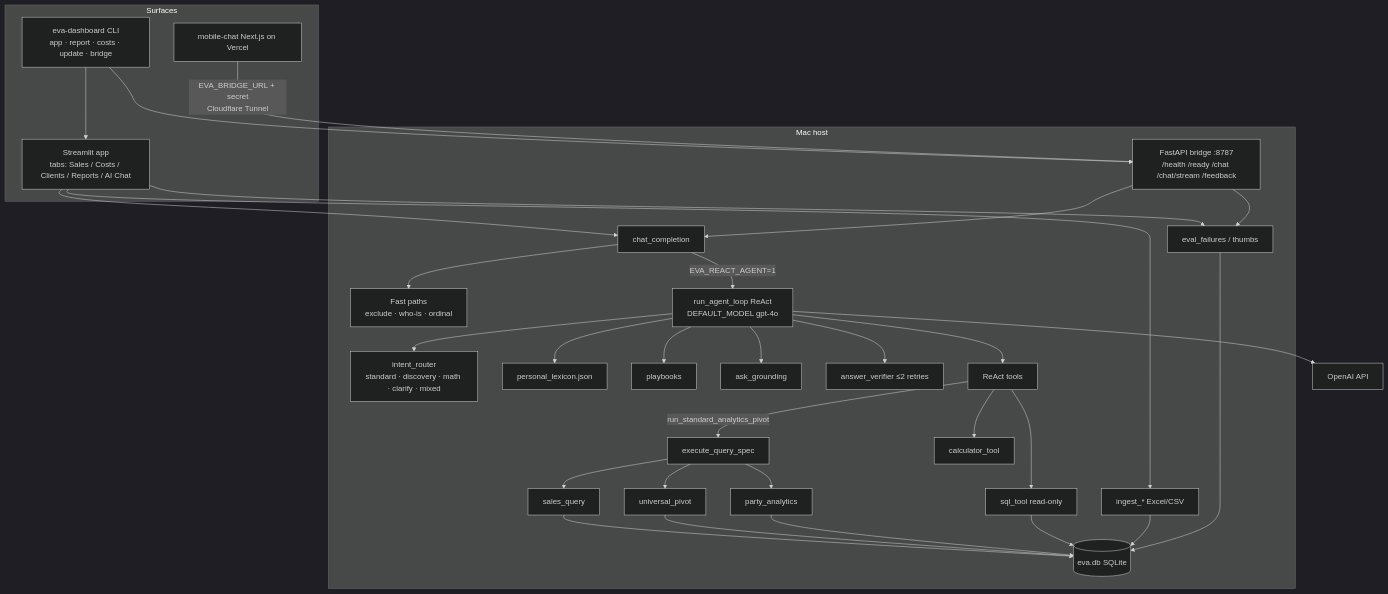
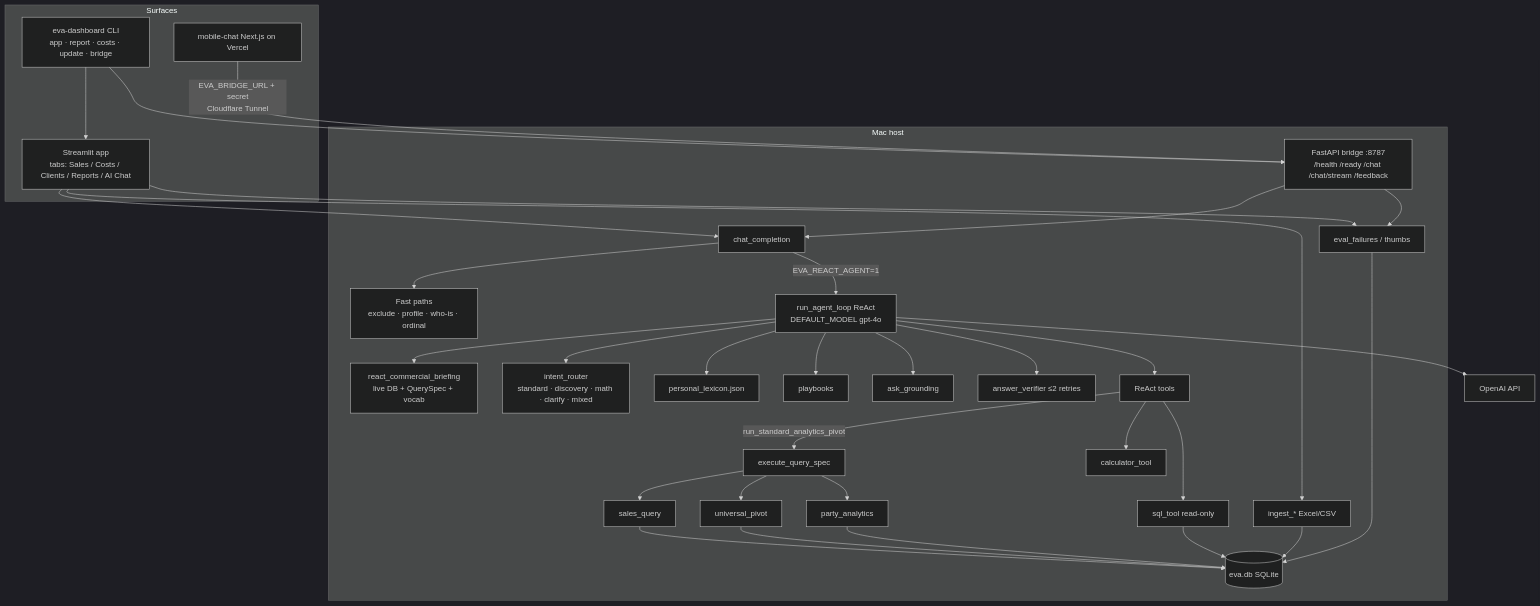
One commit to ssashfaque-creator/Eva-Foods-Dashboard changed the diagram in docs/SYSTEM_OVERVIEW.md. Above: the diagram before and after it, drawn with Mermaid (dark theme). The commit also changed other lines of this file and 18 other files, not shown here.

First line of the commit message:
v1.4.5: teach ReAct the commercial layer and stop who-is stealing profiles

````diff
--- a/docs/SYSTEM_OVERVIEW.md
+++ b/docs/SYSTEM_OVERVIEW.md
@@ -343,62 +344,64 @@
 ```mermaid
 flowchart TB
   subgraph Surfaces
     ST[Streamlit app<br/>tabs: Sales / Costs / Clients / Reports / AI Chat]
     CLI[eva-dashboard CLI<br/>app · report · costs · update · bridge]
     MC[mobile-chat Next.js on Vercel]
   end
 
   subgraph MacHost[Mac host]
     BR[FastAPI bridge :8787<br/>/health /ready /chat /chat/stream /feedback]
     CC[chat_completion]
-    FP[Fast paths<br/>exclude · who-is · ordinal]
+    FP[Fast paths<br/>exclude · profile · who-is · ordinal]
     RA[run_agent_loop ReAct<br/>DEFAULT_MODEL gpt-4o]
+    BRF[react_commercial_briefing<br/>live DB + QuerySpec + vocab]
     RT[intent_router<br/>standard · discovery · math · clarify · mixed]
     LX[personal_lexicon.json]
     PB[playbooks]
     AG[ask_grounding]
     VF[answer_verifier ≤2 retries]
     Tools[ReAct tools]
     QE[execute_query_spec]
     SQ[sales_query]
     UP[universal_pivot]
     PA[party_analytics]
     SQL[sql_tool read-only]
     CALC[calculator_tool]
     DB[(eva.db SQLite)]
     IN[ingest_* Excel/CSV]
     FB[eval_failures / thumbs]
   end
 
   OAI[OpenAI API]
 
   ST --> CC
   CLI --> ST
   CLI --> BR
   MC -->|EVA_BRIDGE_URL + secret<br/>Cloudflare Tunnel| BR
   BR --> CC
   CC --> FP
   CC -->|EVA_REACT_AGENT=1| RA
   RA --> RT
+  RA --> BRF
   RA --> LX
   RA --> PB
   RA --> AG
   RA --> OAI
   RA --> Tools
   Tools -->|run_standard_analytics_pivot| QE
   Tools --> SQL
   Tools --> CALC
   QE --> SQ
   QE --> UP
   QE --> PA
   SQ --> DB
   UP --> DB
   PA --> DB
   SQL --> DB
   IN --> DB
   ST --> IN
   RA --> VF
   ST --> FB
   BR --> FB
   FB --> DB
 ```
````
